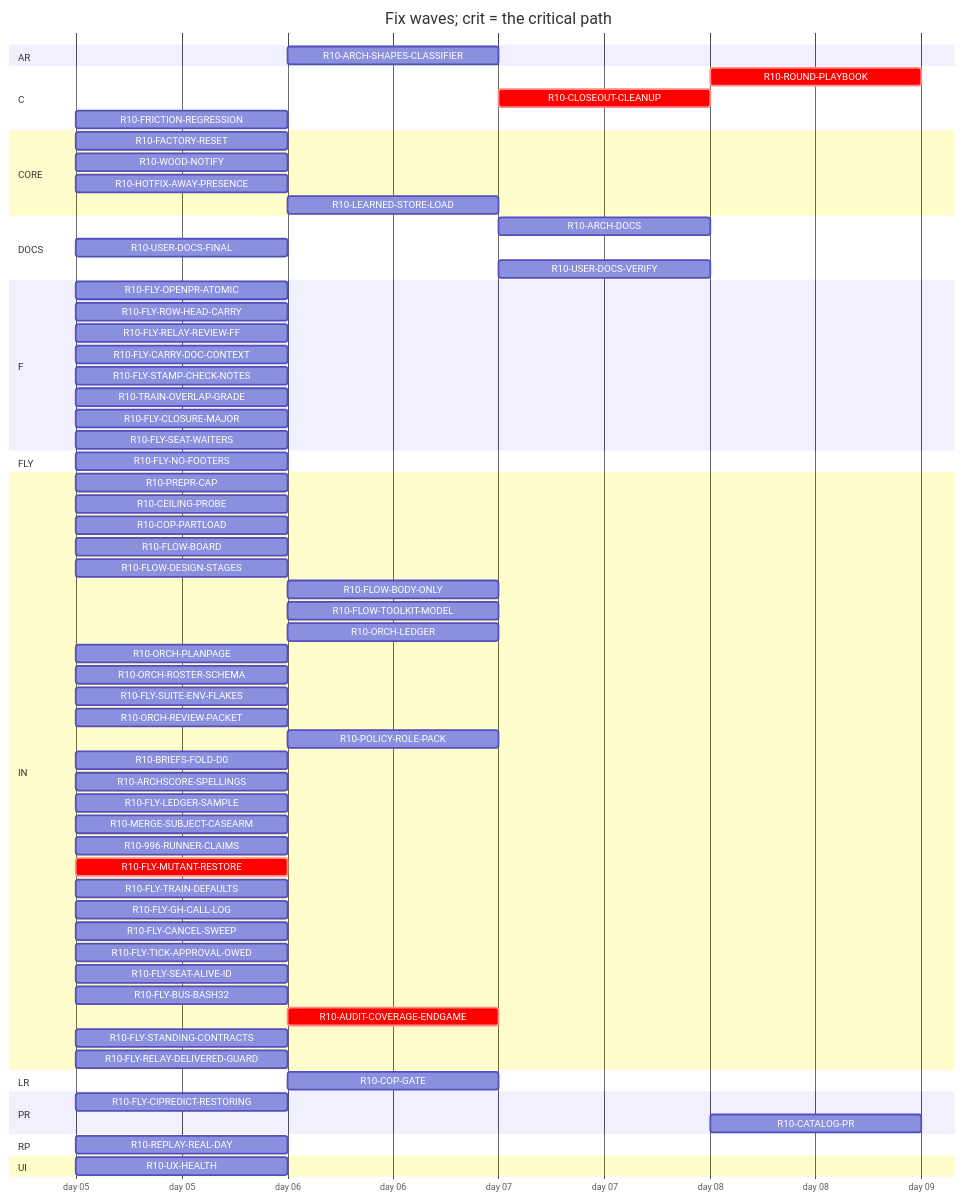
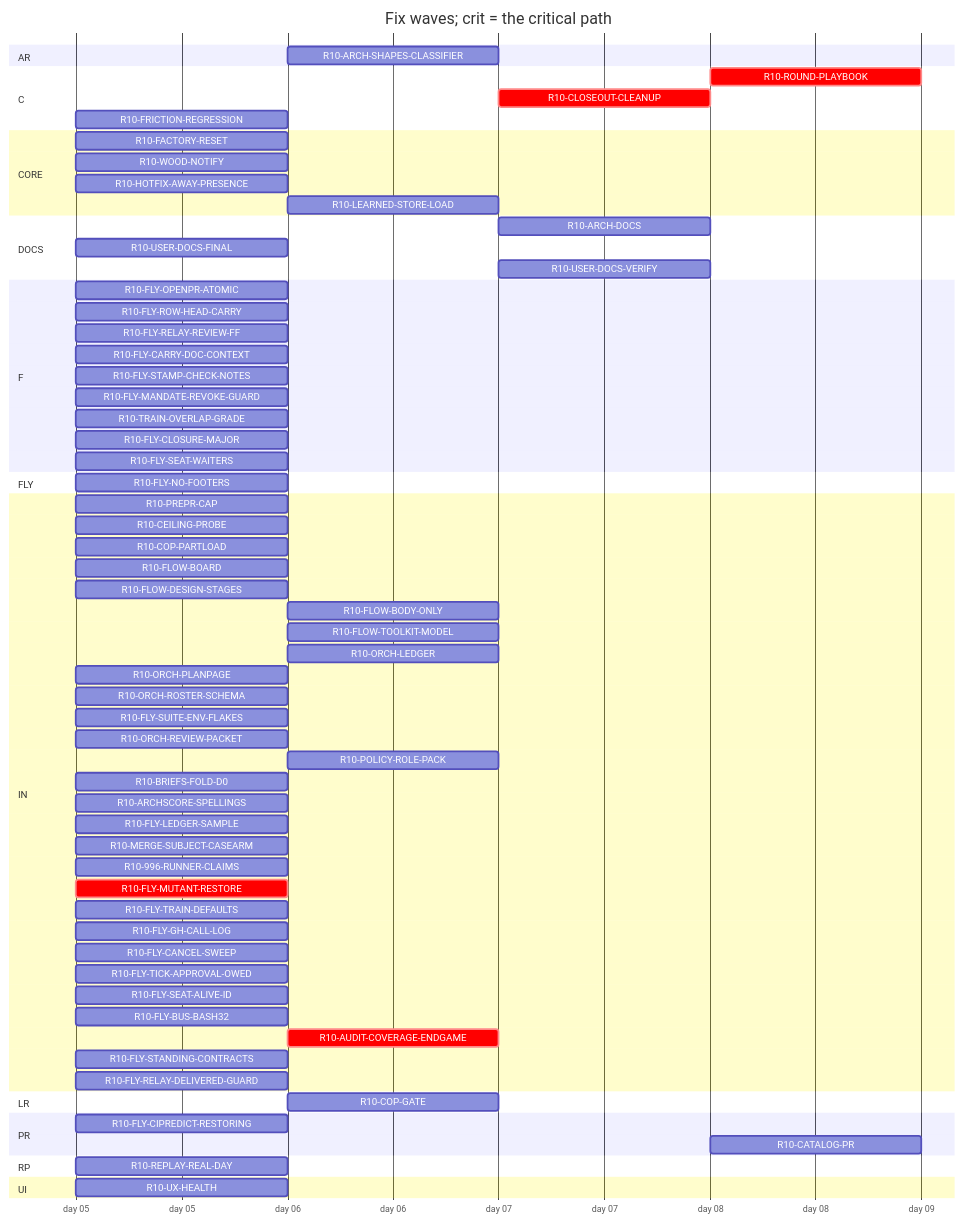
The diagram in handoff/round10/state/PLAN-TABLE.md (tvofi/heatpump_optimizer), drawn with Mermaid before and after one commit. The commit also changed other lines of this file and 3 other files, not shown here.

Commit message:
state: FLOW-BOARD.md, NEXT-SESSION-PROMPT.md, PLAN-TABLE.md, RESUME-CURRENT.md regenerated (state_docs.py)

````diff
--- a/handoff/round10/state/PLAN-TABLE.md
+++ b/handoff/round10/state/PLAN-TABLE.md
@@ -24,70 +24,71 @@
 ```mermaid
 gantt
   title Fix waves; crit = the critical path
   dateFormat YYYY-MM-DD
   axisFormat day %d
   section AR
     R10-ARCH-SHAPES-CLASSIFIER :r10ARCHSHAPESCLASSIFIER, after r10996RUNNERCLAIMS, 1d
   section C
     R10-ROUND-PLAYBOOK :crit, r10ROUNDPLAYBOOK, after r10ORCHLEDGER r10ORCHPLANPAGE r10FLYRELAYREVIEWFF r10FLOWBODYONLY r10AUDITCOVERAGEENDGAME r10FLOWDESIGNSTAGES r10ORCHROSTERSCHEMA r10FLOWTOOLKITMODEL r10TRAINOVERLAPGRADE r10FLYTRAINDEFAULTS r10FLYCANCELSWEEP r10POLICYROLEPACK r10ORCHREVIEWPACKET r10FLOWBOARD r10CLOSEOUTCLEANUP, 1d
     R10-CLOSEOUT-CLEANUP :crit, r10CLOSEOUTCLEANUP, after r10AUDITCOVERAGEENDGAME, 1d
     R10-FRICTION-REGRESSION :r10FRICTIONREGRESSION, 2026-01-05, 1d
   section CORE
     R10-FACTORY-RESET :r10FACTORYRESET, 2026-01-05, 1d
     R10-WOOD-NOTIFY :r10WOODNOTIFY, 2026-01-05, 1d
     R10-HOTFIX-AWAY-PRESENCE :r10HOTFIXAWAYPRESENCE, 2026-01-05, 1d
     R10-LEARNED-STORE-LOAD :r10LEARNEDSTORELOAD, after r10FACTORYRESET, 1d
   section DOCS
-    R10-ARCH-DOCS :r10ARCHDOCS, after r10COPGATE r10UXHEALTH r10CEILINGPROBE r10COPPARTLOAD r10FLOWBOARD r10FLOWDESIGNSTAGES r10FLOWBODYONLY r10FLYOPENPRATOMIC r10FLYROWHEADCARRY r10FLYRELAYREVIEWFF r10FLYCARRYDOCCONTEXT r10FLOWTOOLKITMODEL r10FLYSTAMPCHECKNOTES r10TRAINOVERLAPGRADE r10FLYSUITEENVFLAKES r10ORCHLEDGER r10ORCHPLANPAGE r10ORCHROSTERSCHEMA r10ORCHREVIEWPACKET r10POLICYROLEPACK r10BRIEFSFOLDD0 r10REPLAYREALDAY r10ARCHSCORESPELLINGS r10FLYLEDGERSAMPLE, 1d
+    R10-ARCH-DOCS :r10ARCHDOCS, after r10COPGATE r10UXHEALTH r10CEILINGPROBE r10COPPARTLOAD r10FLOWBOARD r10FLOWDESIGNSTAGES r10FLOWBODYONLY r10FLYOPENPRATOMIC r10FLYROWHEADCARRY r10FLYRELAYREVIEWFF r10FLYCARRYDOCCONTEXT r10FLOWTOOLKITMODEL r10FLYSTAMPCHECKNOTES r10FLYMANDATEREVOKEGUARD r10TRAINOVERLAPGRADE r10FLYSUITEENVFLAKES r10ORCHLEDGER r10ORCHPLANPAGE r10ORCHROSTERSCHEMA r10ORCHREVIEWPACKET r10POLICYROLEPACK r10BRIEFSFOLDD0 r10REPLAYREALDAY r10ARCHSCORESPELLINGS r10FLYLEDGERSAMPLE, 1d
     R10-USER-DOCS-FINAL :r10USERDOCSFINAL, 2026-01-05, 1d
     R10-USER-DOCS-VERIFY :r10USERDOCSVERIFY, after r10COPGATE r10UXHEALTH r10CEILINGPROBE r10COPPARTLOAD r10FACTORYRESET r10WOODNOTIFY r10USERDOCSFINAL r10ARCHSHAPESCLASSIFIER r10HOTFIXAWAYPRESENCE, 1d
   section F
     R10-FLY-OPENPR-ATOMIC :r10FLYOPENPRATOMIC, 2026-01-05, 1d
     R10-FLY-ROW-HEAD-CARRY :r10FLYROWHEADCARRY, 2026-01-05, 1d
     R10-FLY-RELAY-REVIEW-FF :r10FLYRELAYREVIEWFF, 2026-01-05, 1d
     R10-FLY-CARRY-DOC-CONTEXT :r10FLYCARRYDOCCONTEXT, 2026-01-05, 1d
     R10-FLY-STAMP-CHECK-NOTES :r10FLYSTAMPCHECKNOTES, 2026-01-05, 1d
+    R10-FLY-MANDATE-REVOKE-GUARD :r10FLYMANDATEREVOKEGUARD, 2026-01-05, 1d
     R10-TRAIN-OVERLAP-GRADE :r10TRAINOVERLAPGRADE, 2026-01-05, 1d
     R10-FLY-CLOSURE-MAJOR :r10FLYCLOSUREMAJOR, 2026-01-05, 1d
     R10-FLY-SEAT-WAITERS :r10FLYSEATWAITERS, 2026-01-05, 1d
   section FLY
     R10-FLY-NO-FOOTERS :r10FLYNOFOOTERS, 2026-01-05, 1d
   section IN
     R10-PREPR-CAP :r10PREPRCAP, 2026-01-05, 1d
     R10-CEILING-PROBE :r10CEILINGPROBE, 2026-01-05, 1d
     R10-COP-PARTLOAD :r10COPPARTLOAD, 2026-01-05, 1d
     R10-FLOW-BOARD :r10FLOWBOARD, 2026-01-05, 1d
     R10-FLOW-DESIGN-STAGES :r10FLOWDESIGNSTAGES, 2026-01-05, 1d
     R10-FLOW-BODY-ONLY :r10FLOWBODYONLY, after r10FLYOPENPRATOMIC, 1d
     R10-FLOW-TOOLKIT-MODEL :r10FLOWTOOLKITMODEL, after r10ORCHPLANPAGE r10FLYCANCELSWEEP, 1d
     R10-ORCH-LEDGER :r10ORCHLEDGER, after r10FLYCANCELSWEEP, 1d
     R10-ORCH-PLANPAGE :r10ORCHPLANPAGE, 2026-01-05, 1d
     R10-ORCH-ROSTER-SCHEMA :r10ORCHROSTERSCHEMA, 2026-01-05, 1d
     R10-FLY-SUITE-ENV-FLAKES :r10FLYSUITEENVFLAKES, 2026-01-05, 1d
     R10-ORCH-REVIEW-PACKET :r10ORCHREVIEWPACKET, 2026-01-05, 1d
     R10-POLICY-ROLE-PACK :r10POLICYROLEPACK, after r10FLOWDESIGNSTAGES, 1d
     R10-BRIEFS-FOLD-D0 :r10BRIEFSFOLDD0, 2026-01-05, 1d
     R10-ARCHSCORE-SPELLINGS :r10ARCHSCORESPELLINGS, 2026-01-05, 1d
     R10-FLY-LEDGER-SAMPLE :r10FLYLEDGERSAMPLE, 2026-01-05, 1d
     R10-MERGE-SUBJECT-CASEARM :r10MERGESUBJECTCASEARM, 2026-01-05, 1d
     R10-996-RUNNER-CLAIMS :r10996RUNNERCLAIMS, 2026-01-05, 1d
     R10-FLY-MUTANT-RESTORE :crit, r10FLYMUTANTRESTORE, 2026-01-05, 1d
     R10-FLY-TRAIN-DEFAULTS :r10FLYTRAINDEFAULTS, 2026-01-05, 1d
     R10-FLY-GH-CALL-LOG :r10FLYGHCALLLOG, 2026-01-05, 1d
     R10-FLY-CANCEL-SWEEP :r10FLYCANCELSWEEP, 2026-01-05, 1d
     R10-FLY-TICK-APPROVAL-OWED :r10FLYTICKAPPROVALOWED, 2026-01-05, 1d
     R10-FLY-SEAT-ALIVE-ID :r10FLYSEATALIVEID, 2026-01-05, 1d
     R10-FLY-BUS-BASH32 :r10FLYBUSBASH32, 2026-01-05, 1d
     R10-AUDIT-COVERAGE-ENDGAME :crit, r10AUDITCOVERAGEENDGAME, after r10FLYMUTANTRESTORE r10996RUNNERCLAIMS, 1d
     R10-FLY-STANDING-CONTRACTS :r10FLYSTANDINGCONTRACTS, 2026-01-05, 1d
     R10-FLY-RELAY-DELIVERED-GUARD :r10FLYRELAYDELIVEREDGUARD, 2026-01-05, 1d
   section LR
     R10-COP-GATE :r10COPGATE, after r10CEILINGPROBE, 1d
   section PR
     R10-FLY-CIPREDICT-RESTORING :r10FLYCIPREDICTRESTORING, 2026-01-05, 1d
     R10-CATALOG-PR :r10CATALOGPR, after r10USERDOCSVERIFY r10AUDITCOVERAGEENDGAME, 1d
   section RP
     R10-REPLAY-REAL-DAY :r10REPLAYREALDAY, 2026-01-05, 1d
   section UI
     R10-UX-HEALTH :r10UXHEALTH, 2026-01-05, 1d
 ```
````
